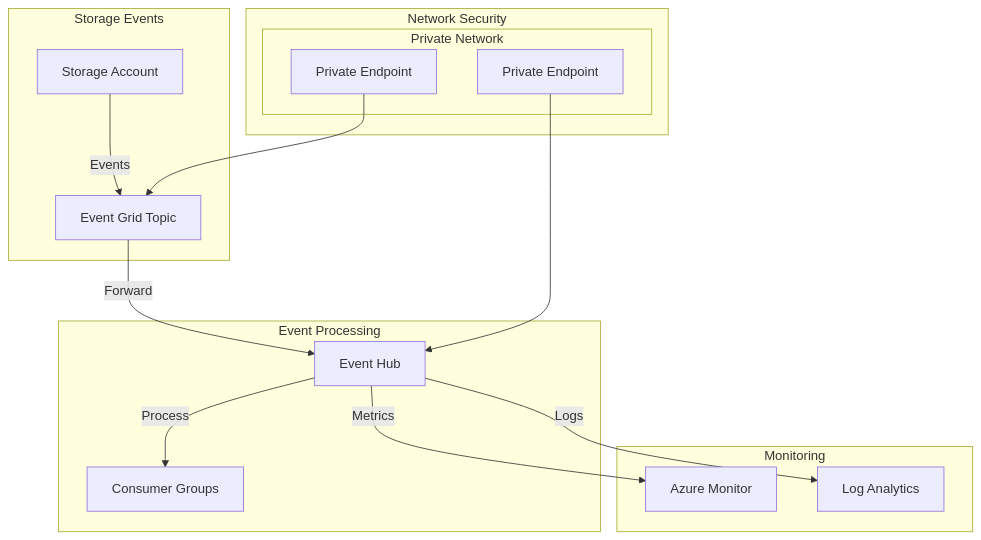
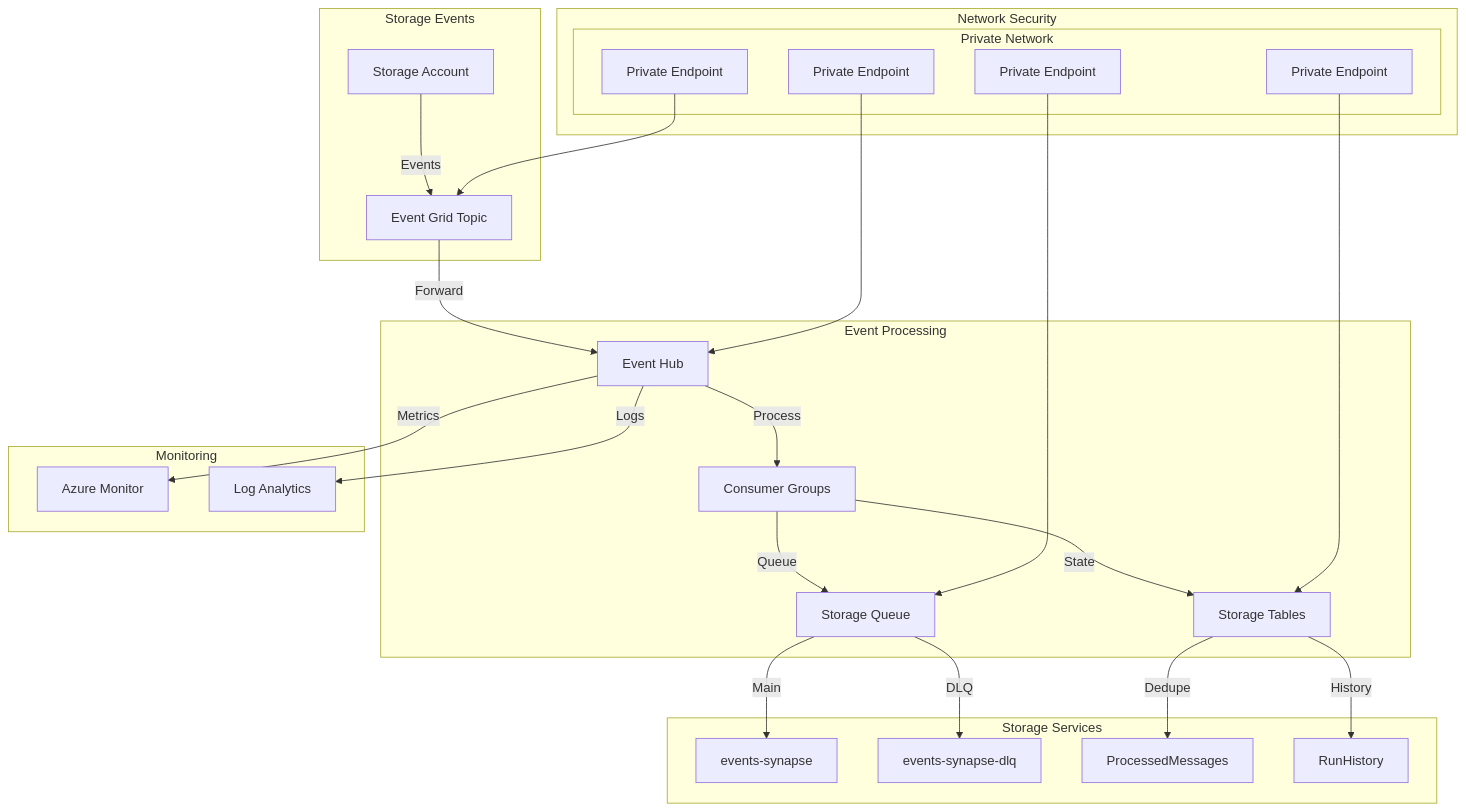
Before and after one commit to tomaszpagacz/GPT-data-platform: the diagram in docs/eventing-infrastructure.md, drawn with Mermaid. The commit also changed other lines of this file and 25 other files, not shown here.

````diff
--- a/docs/eventing-infrastructure.md
+++ b/docs/eventing-infrastructure.md
@@ -44,25 +57,38 @@
 ```mermaid
 graph TB
     subgraph Storage Events
         SA[Storage Account] --> |Events| EG[Event Grid Topic]
     end
     
     subgraph Event Processing
         EG --> |Forward| EH[Event Hub]
         EH --> |Process| CG[Consumer Groups]
+        CG --> |Queue| SQ[Storage Queue]
+        CG --> |State| ST[Storage Tables]
+    end
+    
+    subgraph Storage Services
+        SQ --> |Main| MQ[events-synapse]
+        SQ --> |DLQ| DLQ[events-synapse-dlq]
+        ST --> |Dedupe| DT[ProcessedMessages]
+        ST --> |History| HT[RunHistory]
     end
     
     subgraph Monitoring
         EH --> |Metrics| AM[Azure Monitor]
         EH --> |Logs| LA[Log Analytics]
     end
     
     subgraph Network Security
         PE1[Private Endpoint] --> EG
         PE2[Private Endpoint] --> EH
+        PE3[Private Endpoint] --> SQ
+        PE4[Private Endpoint] --> ST
         subgraph Private Network
             PE1
             PE2
+            PE3
+            PE4
         end
     end
 ```
````
